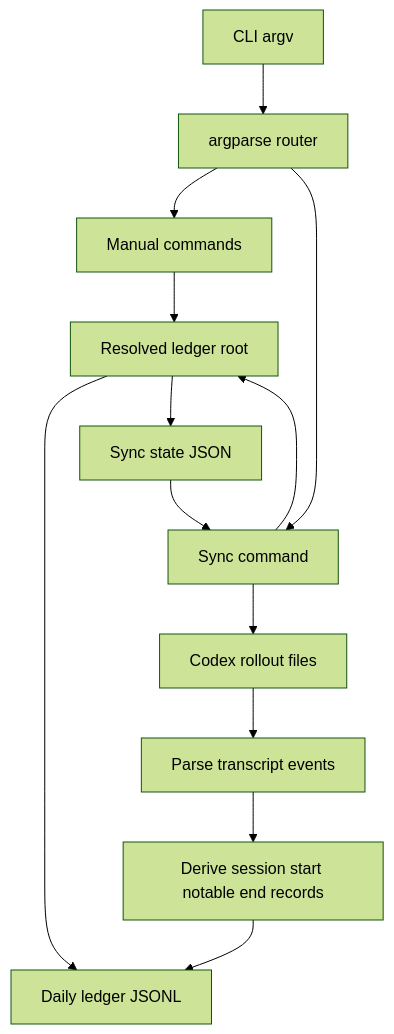
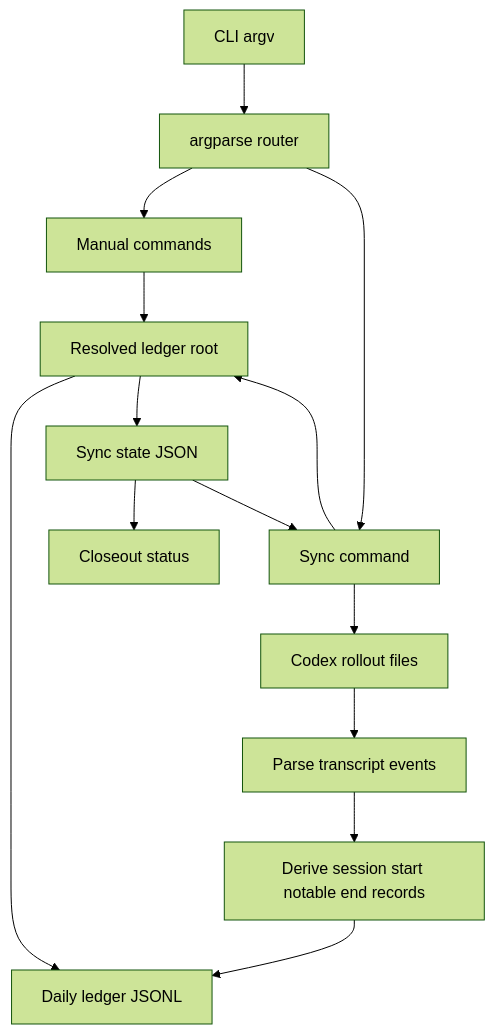
Before and after one commit to kevinslin/skills: the first of 2 diagrams in active/ag-ledger/docs/architecture/2026-03-17-architecture-ag-ledger.md, drawn with Mermaid (forest theme). The commit also changed other lines of this file and 5 other files, not shown here.

````diff
--- a/active/ag-ledger/docs/architecture/2026-03-17-architecture-ag-ledger.md
+++ b/active/ag-ledger/docs/architecture/2026-03-17-architecture-ag-ledger.md
@@ -74,18 +77,19 @@
 ```mermaid
 flowchart TD
   CLI["CLI argv"] --> Parser["argparse router"]
   Parser --> Manual["Manual commands"]
   Parser --> Sync["Sync command"]
 
   Manual --> Root["Resolved ledger root"]
   Sync --> Rollouts["Codex rollout files"]
   Sync --> Root
 
   Root --> Ledgers["Daily ledger JSONL"]
   Root --> State["Sync state JSON"]
+  State --> Status["Closeout status"]
 
   Rollouts --> Parse["Parse transcript events"]
   Parse --> Derive["Derive session start notable end records"]
   Derive --> Ledgers
   State --> Sync
 ```
````
